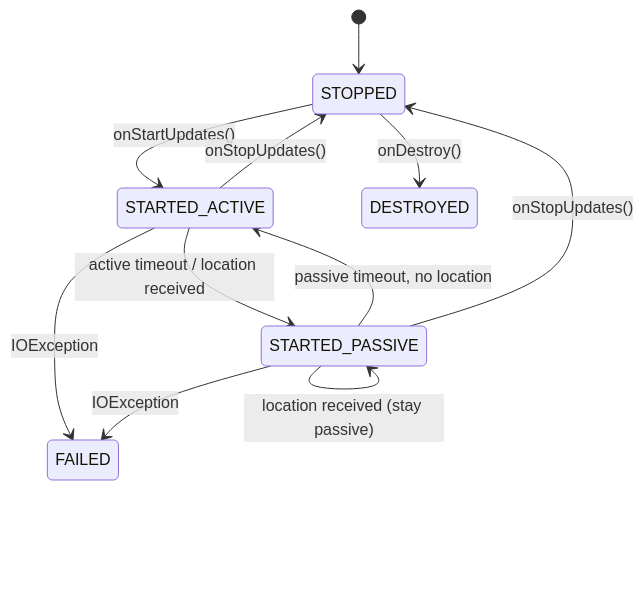
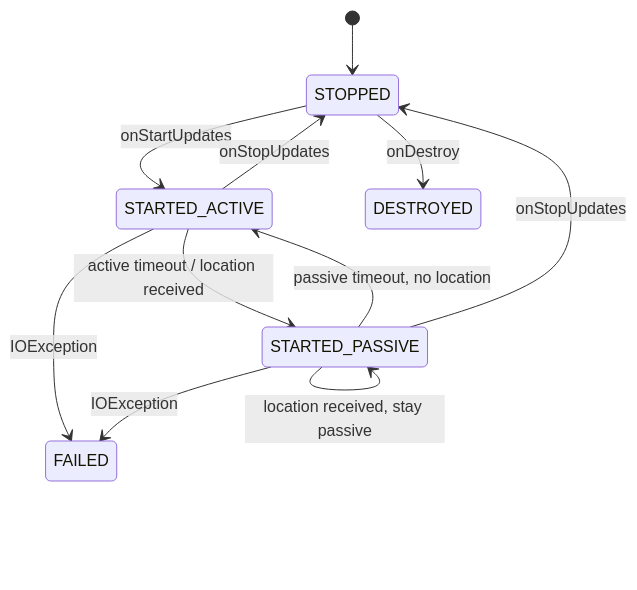
Diagram 21 of 25 in 33-location.md (fwrite0920/aosp-internal-book), drawn with Mermaid before and after one commit. The commit also changed other lines of this file and 13 other files, not shown here.

First line of the commit message:
Fix Mermaid diagrams and formatting in Parts VII-VIII (chapters 26-39)

````diff
--- a/33-location.md
+++ b/33-location.md
@@ -2145,13 +2145,13 @@
 ```mermaid
 stateDiagram-v2
     [*] --> STOPPED
-    STOPPED --> STARTED_ACTIVE : onStartUpdates()
+    STOPPED --> STARTED_ACTIVE : onStartUpdates
     STARTED_ACTIVE --> STARTED_PASSIVE : active timeout / location received
     STARTED_PASSIVE --> STARTED_ACTIVE : passive timeout, no location
-    STARTED_PASSIVE --> STARTED_PASSIVE : location received (stay passive)
-    STARTED_ACTIVE --> STOPPED : onStopUpdates()
-    STARTED_PASSIVE --> STOPPED : onStopUpdates()
-    STOPPED --> DESTROYED : onDestroy()
+    STARTED_PASSIVE --> STARTED_PASSIVE : location received, stay passive
+    STARTED_ACTIVE --> STOPPED : onStopUpdates
+    STARTED_PASSIVE --> STOPPED : onStopUpdates
+    STOPPED --> DESTROYED : onDestroy
     STARTED_ACTIVE --> FAILED : IOException
     STARTED_PASSIVE --> FAILED : IOException
 ```
````
